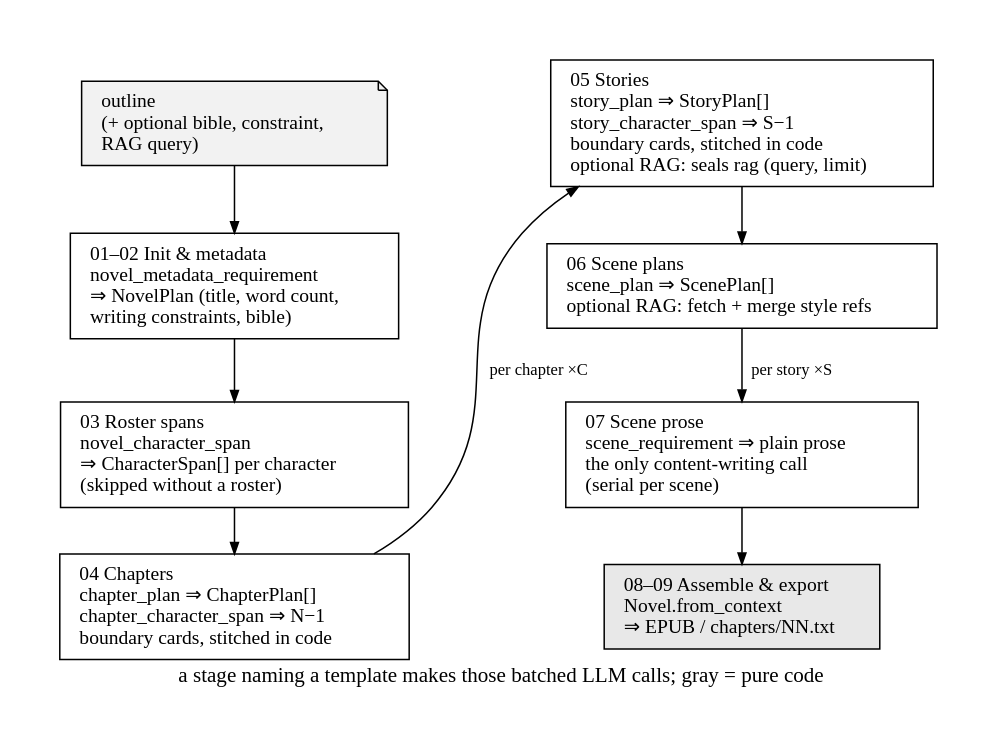
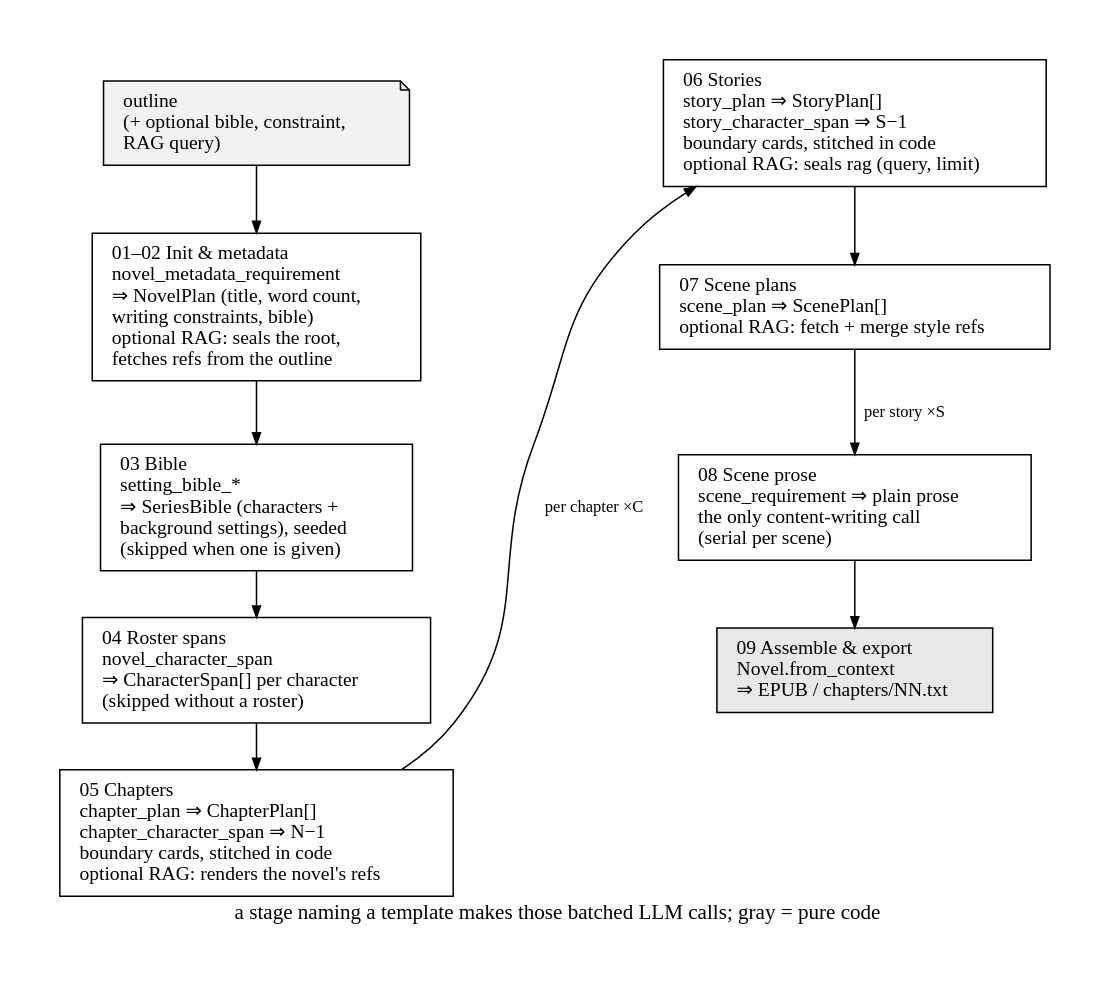
The diagram in packages/fabricatio-novel/assets/pipeline.gv (Whth/fabricatio), drawn with Graphviz before and after one commit. The commit also changed 10 other files, not shown here.

First line of the commit message:
docs(novel): document the two-level RAG pipeline

```diff
--- a/packages/fabricatio-novel/assets/pipeline.gv
+++ b/packages/fabricatio-novel/assets/pipeline.gv
@@ -1,42 +1,45 @@
 // fabricatio-novel: staged pipeline with its LLM call inventory.
 // Render: dot -Tsvg pipeline.gv -o pipeline.svg
 // Templates are .hbs files under templates/built-in/ (full mapping in the README table).
 digraph pipeline {
     rankdir=TB;
     bgcolor="white";
     fontname="serif";
     pad="0.45";
     nodesep=0.45;
     ranksep=0.42;
     labelloc="b";
     label="  a stage naming a template makes those batched LLM calls; gray = pure code";
 
     node [shape=box, style="filled", fillcolor="white", color="black",
           fontname="serif", fontsize=13, margin="0.18,0.10"];
     edge [color="black", arrowsize=0.75, fontname="serif", fontsize=11];
 
     // left column — novel scope
     outline [label="outline\l(+ optional bible, constraint,\lRAG query)\l", shape=note, fillcolor="#F2F2F2"];
-    initmeta [label="01–02 Init & metadata\lnovel_metadata_requirement\l⇒ NovelPlan (title, word count,\lwriting constraints, bible)\l"];
-    chars    [label="03 Roster spans\lnovel_character_span\l⇒ CharacterSpan[] per character\l(skipped without a roster)\l"];
-    chapters [label="04 Chapters\lchapter_plan ⇒ ChapterPlan[]\lchapter_character_span ⇒ N−1\lboundary cards, stitched in code\l"];
+    initmeta [label="01–02 Init & metadata\lnovel_metadata_requirement\l⇒ NovelPlan (title, word count,\lwriting constraints, bible)\loptional RAG: seals the root,\lfetches refs from the outline\l"];
+    bible    [label="03 Bible\lsetting_bible_*\l⇒ SeriesBible (characters +\lbackground settings), seeded\l(skipped when one is given)\l"];
+    chars    [label="04 Roster spans\lnovel_character_span\l⇒ CharacterSpan[] per character\l(skipped without a roster)\l"];
+    chapters [label="05 Chapters\lchapter_plan ⇒ ChapterPlan[]\lchapter_character_span ⇒ N−1\lboundary cards, stitched in code\loptional RAG: renders the novel's refs\l"];
 
     // right column — chapter scope
-    stories [label="05 Stories\lstory_plan ⇒ StoryPlan[]\lstory_character_span ⇒ S−1\lboundary cards, stitched in code\loptional RAG: seals rag (query, limit)\l"];
-    splan   [label="06 Scene plans\lscene_plan ⇒ ScenePlan[]\loptional RAG: fetch + merge style refs\l"];
-    prose   [label="07 Scene prose\lscene_requirement ⇒ plain prose\lthe only content-writing call\l(serial per scene)\l"];
-    asm     [label="08–09 Assemble & export\lNovel.from_context\l⇒ EPUB / chapters/NN.txt\l", fillcolor="#E8E8E8"];
+    stories [label="06 Stories\lstory_plan ⇒ StoryPlan[]\lstory_character_span ⇒ S−1\lboundary cards, stitched in code\loptional RAG: seals rag (query, limit)\l"];
+    splan   [label="07 Scene plans\lscene_plan ⇒ ScenePlan[]\loptional RAG: fetch + merge style refs\l"];
+    prose   [label="08 Scene prose\lscene_requirement ⇒ plain prose\lthe only content-writing call\l(serial per scene)\l"];
+    asm     [label="09 Assemble & export\lNovel.from_context\l⇒ EPUB / chapters/NN.txt\l", fillcolor="#E8E8E8"];
 
     outline  -> initmeta;
-    initmeta -> chars;
+    initmeta -> bible;
+    bible    -> chars;
     chars    -> chapters;
     chapters -> stories [label=" per chapter ×C", constraint=false];
     stories  -> splan;
     splan    -> prose [label=" per story ×S"];
     prose    -> asm;
 
     { rank=same; outline;  stories; }
     { rank=same; initmeta; splan;   }
-    { rank=same; chars;    prose;   }
-    { rank=same; chapters; asm;     }
+    { rank=same; bible;    prose;   }
+    { rank=same; chars;    asm;     }
+    { rank=same; chapters; }
 }
```
